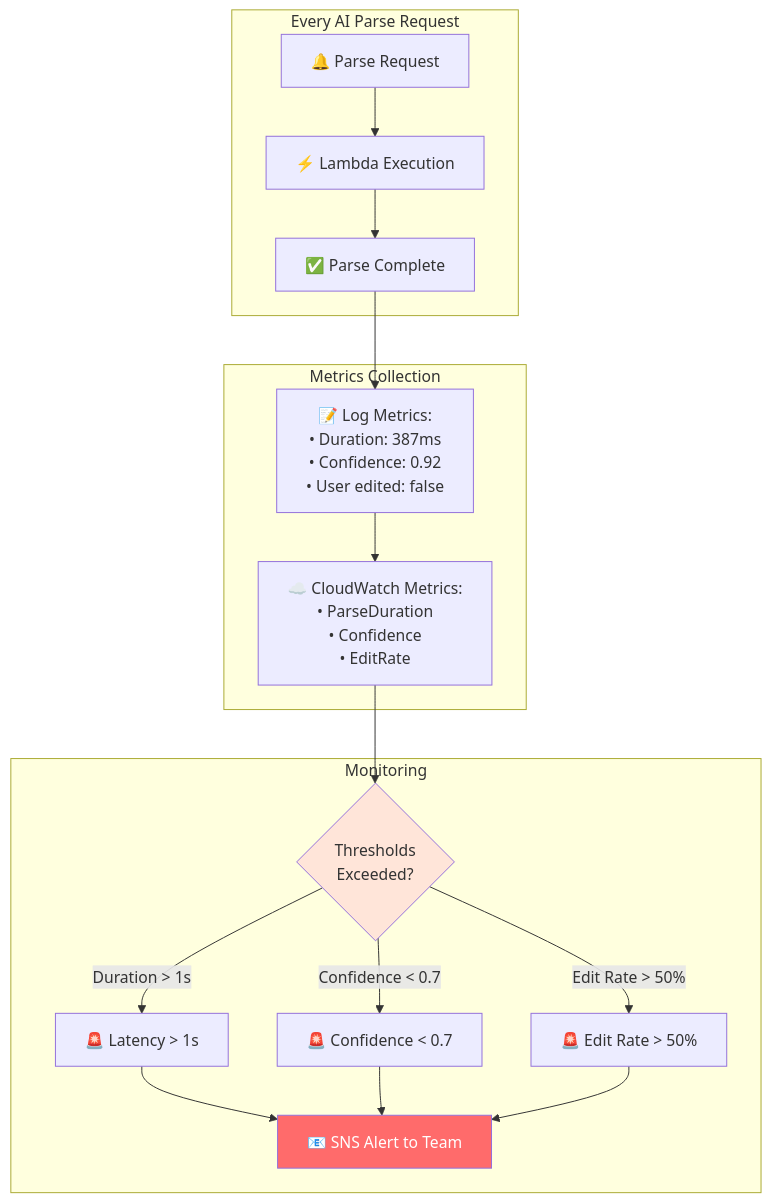
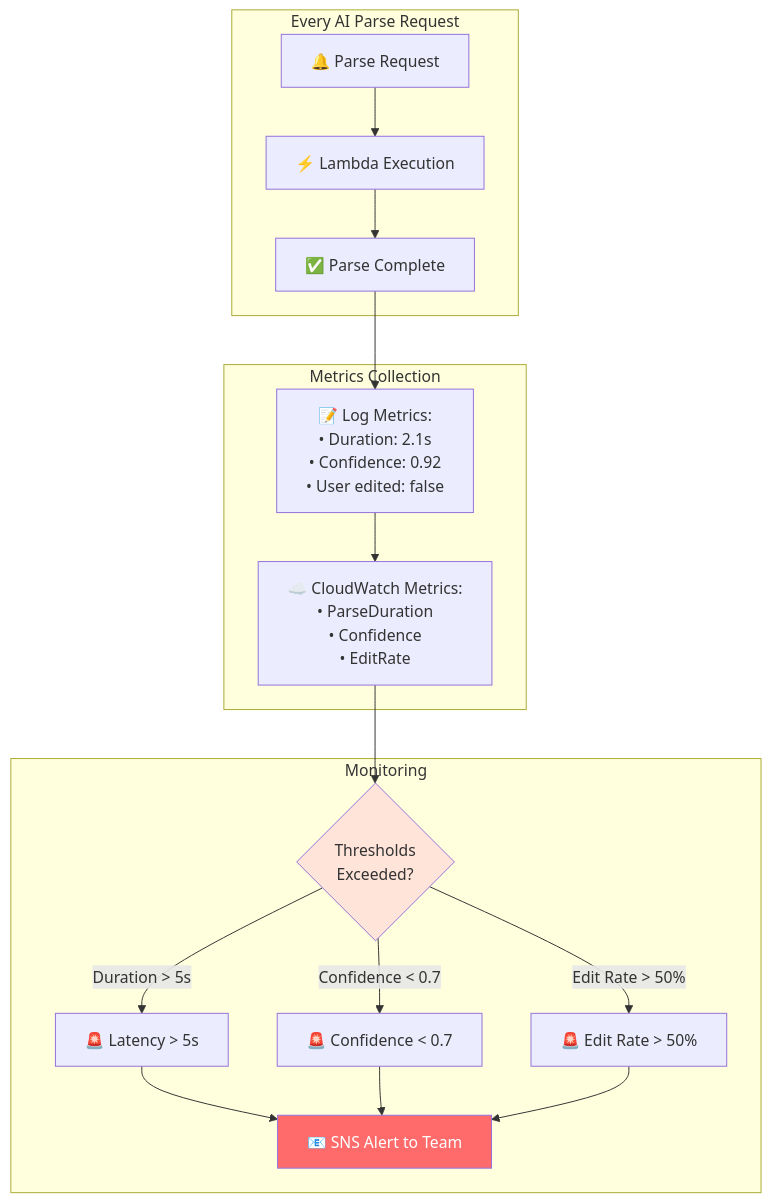
Before and after one commit to UofT-CSC490-W2026/Peachy: the fifth of 8 diagrams in AI_DATA_PIPELINE.md, drawn with Mermaid. The commit also changed other lines of this file and 3 other files, not shown here.

````diff
--- a/AI_DATA_PIPELINE.md
+++ b/AI_DATA_PIPELINE.md
@@ -678,36 +638,36 @@
 ```mermaid
 flowchart TD
     subgraph "Every AI Parse Request"
         REQ[🔔 Parse Request]
         EXEC[⚡ Lambda Execution]
         RESULT[✅ Parse Complete]
     end
 
     subgraph "Metrics Collection"
-        LOG[📝 Log Metrics:<br/>• Duration: 387ms<br/>• Confidence: 0.92<br/>• User edited: false]
+        LOG[📝 Log Metrics:<br/>• Duration: 2.1s<br/>• Confidence: 0.92<br/>• User edited: false]
         CW[☁️ CloudWatch Metrics:<br/>• ParseDuration<br/>• Confidence<br/>• EditRate]
     end
 
     subgraph "Monitoring"
         CHECK{Thresholds<br/>Exceeded?}
-        ALARM1[🚨 Latency > 1s]
+        ALARM1[🚨 Latency > 5s]
         ALARM2[🚨 Confidence < 0.7]
         ALARM3[🚨 Edit Rate > 50%]
         SNS[📧 SNS Alert to Team]
     end
 
     REQ --> EXEC
     EXEC --> RESULT
     RESULT --> LOG
     LOG --> CW
     CW --> CHECK
-    CHECK -->|Duration > 1s| ALARM1
+    CHECK -->|Duration > 5s| ALARM1
     CHECK -->|Confidence < 0.7| ALARM2
     CHECK -->|Edit Rate > 50%| ALARM3
     ALARM1 --> SNS
     ALARM2 --> SNS
     ALARM3 --> SNS
 
     style CHECK fill:#FFE5D9
     style SNS fill:#FF6B6B,color:#fff
 ```
````
